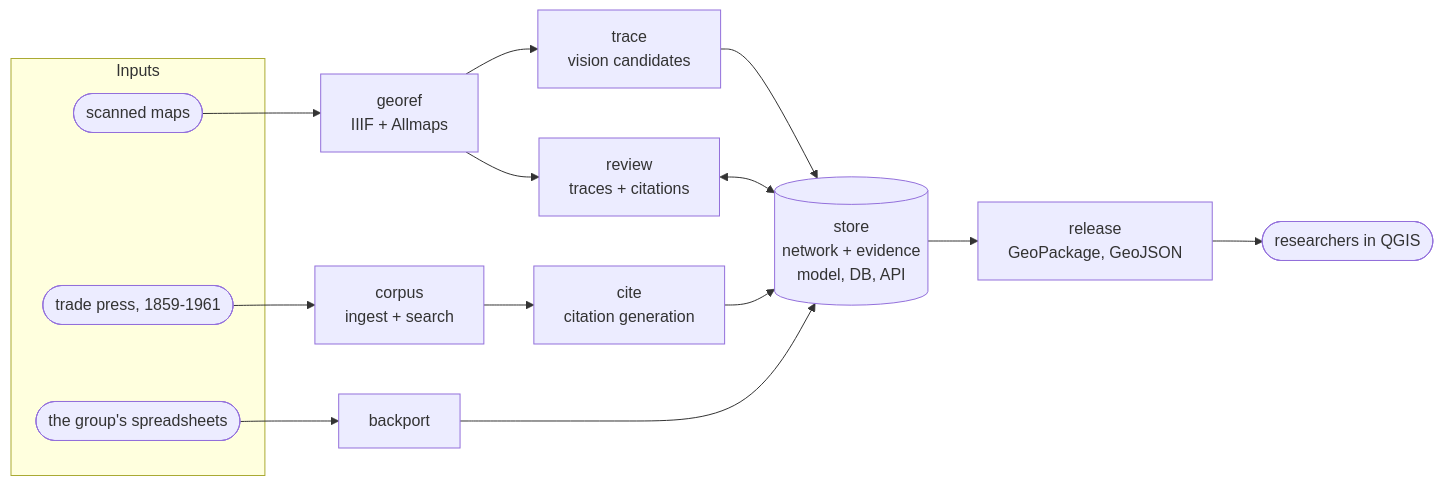
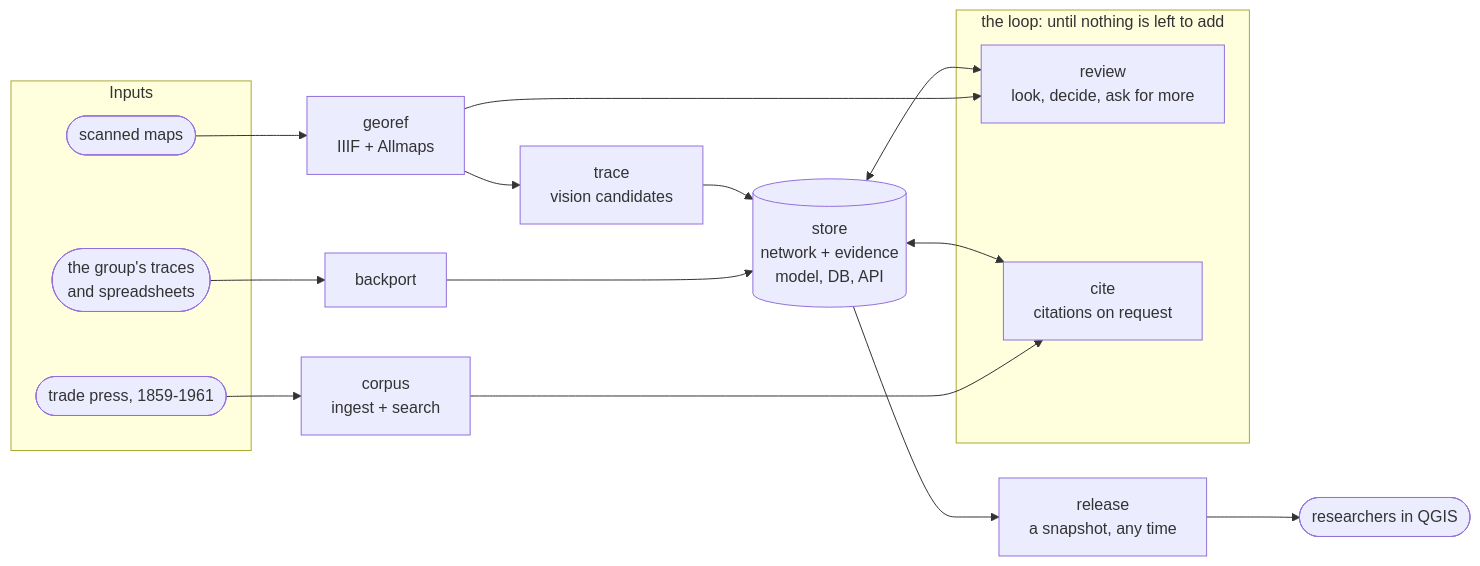
Before and after one commit to line-age/controlplane: the diagram in README.md, drawn with Mermaid. The commit also changed other lines of this file and 5 other files, not shown here.

````diff
--- a/README.md
+++ b/README.md
@@ -34,23 +34,28 @@
 ```mermaid
 flowchart LR
     subgraph inputs[Inputs]
         SCAN([scanned maps])
         PRESS([trade press, 1859-1961])
-        SHEETS([the group's spreadsheets])
+        SHEETS([the group's traces<br/>and spreadsheets])
     end
 
     SCAN --> GEOREF[georef<br/>IIIF + Allmaps]
     GEOREF --> TRACE[trace<br/>vision candidates]
     PRESS --> CORPUS[corpus<br/>ingest + search]
-    CORPUS --> CITE[cite<br/>citation generation]
     SHEETS --> BACKPORT[backport]
 
     TRACE --> STORE[(store<br/>network + evidence<br/>model, DB, API)]
-    CITE --> STORE
     BACKPORT --> STORE
 
-    REVIEW[review<br/>traces + citations] <--> STORE
+    subgraph loop[the loop: until nothing is left to add]
+        REVIEW[review<br/>look, decide, ask for more]
+        CITE[cite<br/>citations on request]
+    end
+    STORE <--> REVIEW
+    STORE <--> CITE
+    CORPUS --> CITE
     GEOREF --> REVIEW
-    STORE --> RELEASE[release<br/>GeoPackage, GeoJSON]
+
+    STORE --> RELEASE[release<br/>a snapshot, any time]
     RELEASE --> QGIS([researchers in QGIS])
 ```
````
